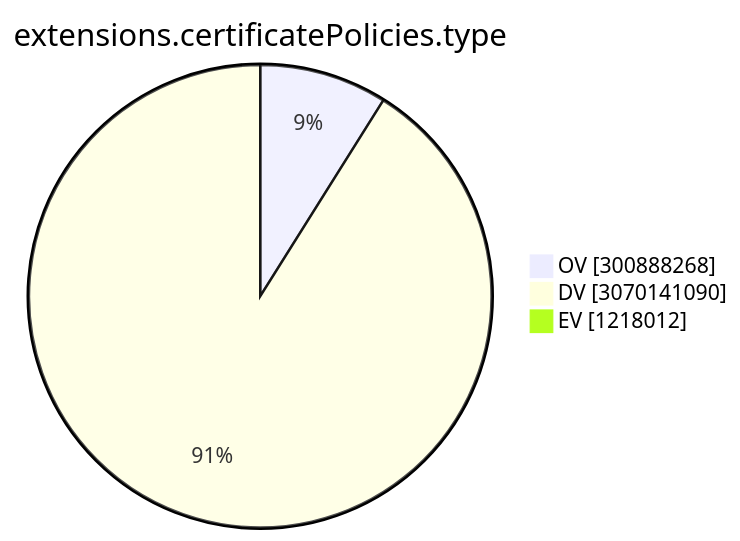
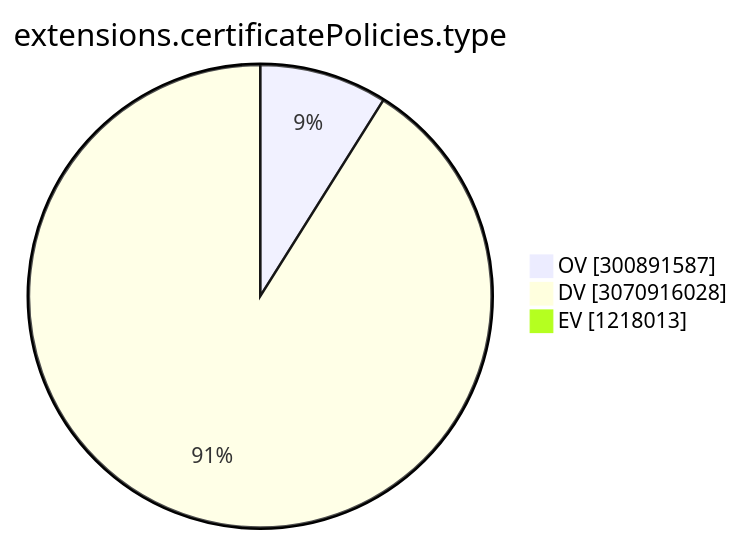
Before and after one commit to christiankrug/ctmonitor_visualization: the ninth of 15 diagrams in TOTAL/README.md, drawn with Mermaid. The commit also changed other lines of this file, not shown here.

````diff
--- a/TOTAL/README.md
+++ b/TOTAL/README.md
@@ -3102,7 +3102,7 @@
 ```mermaid
 pie showData
 title extensions.certificatePolicies.type
-"OV" :300888268
-"DV" :3070141090
-"EV" :1218012
+"OV" :300891587
+"DV" :3070916028
+"EV" :1218013
 ```
````
